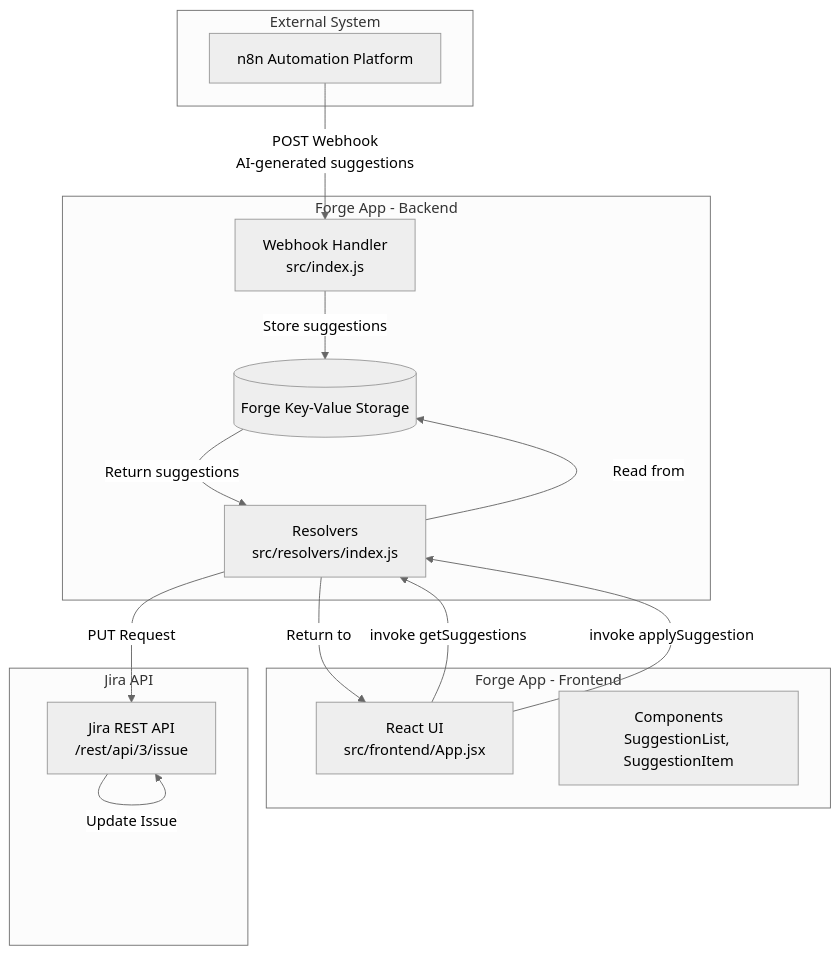
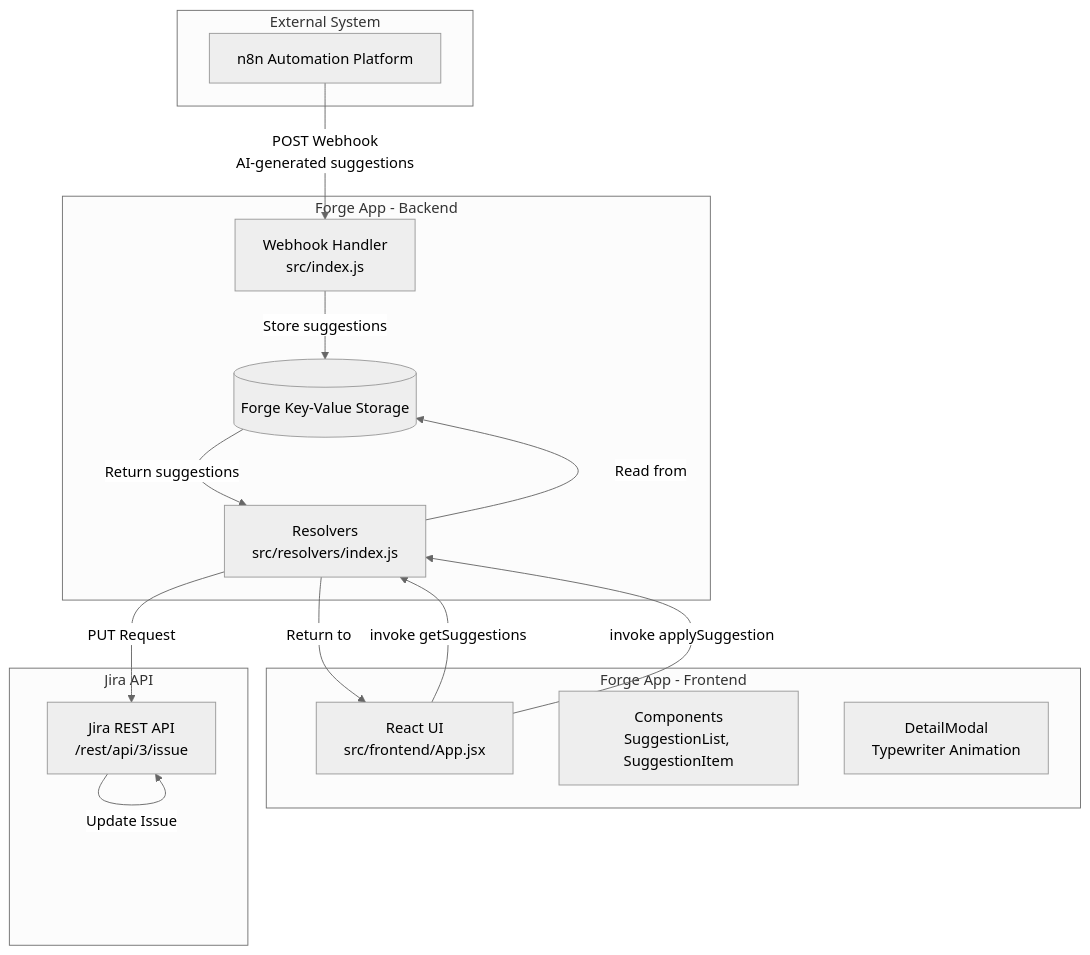
One commit to jabrealmoe/ai-suggest changed the first of 3 diagrams in FLOW_DIAGRAM.md. Above: the diagram before and after it, drawn with Mermaid (neutral theme). The commit also changed 1 other file, not shown here.

Commit message:
docs: Update README and Flow Diagram with new features

````diff
--- a/FLOW_DIAGRAM.md
+++ b/FLOW_DIAGRAM.md
@@ -7,31 +7,32 @@
 ```mermaid
 graph TB
     subgraph "External System"
         N8N[n8n Automation Platform]
     end
     
     subgraph "Forge App - Backend"
         WEBHOOK[Webhook Handler<br/>src/index.js]
         RESOLVER[Resolvers<br/>src/resolvers/index.js]
         STORAGE[(Forge Key-Value Storage)]
     end
     
     subgraph "Forge App - Frontend"
         UI[React UI<br/>src/frontend/App.jsx]
         COMPONENTS[Components<br/>SuggestionList, SuggestionItem]
+        MODAL[DetailModal<br/>Typewriter Animation]
     end
     
     subgraph "Jira API"
         JIRA_API[Jira REST API<br/>/rest/api/3/issue]
     end
     
     N8N -->|POST Webhook<br/>AI-generated suggestions| WEBHOOK
     WEBHOOK -->|Store suggestions| STORAGE
     UI -->|invoke getSuggestions| RESOLVER
     RESOLVER -->|Read from| STORAGE
     STORAGE -->|Return suggestions| RESOLVER
     RESOLVER -->|Return to| UI
     UI -->|invoke applySuggestion| RESOLVER
     RESOLVER -->|PUT Request| JIRA_API
     JIRA_API -->|Update Issue| JIRA_API
 ```
````
